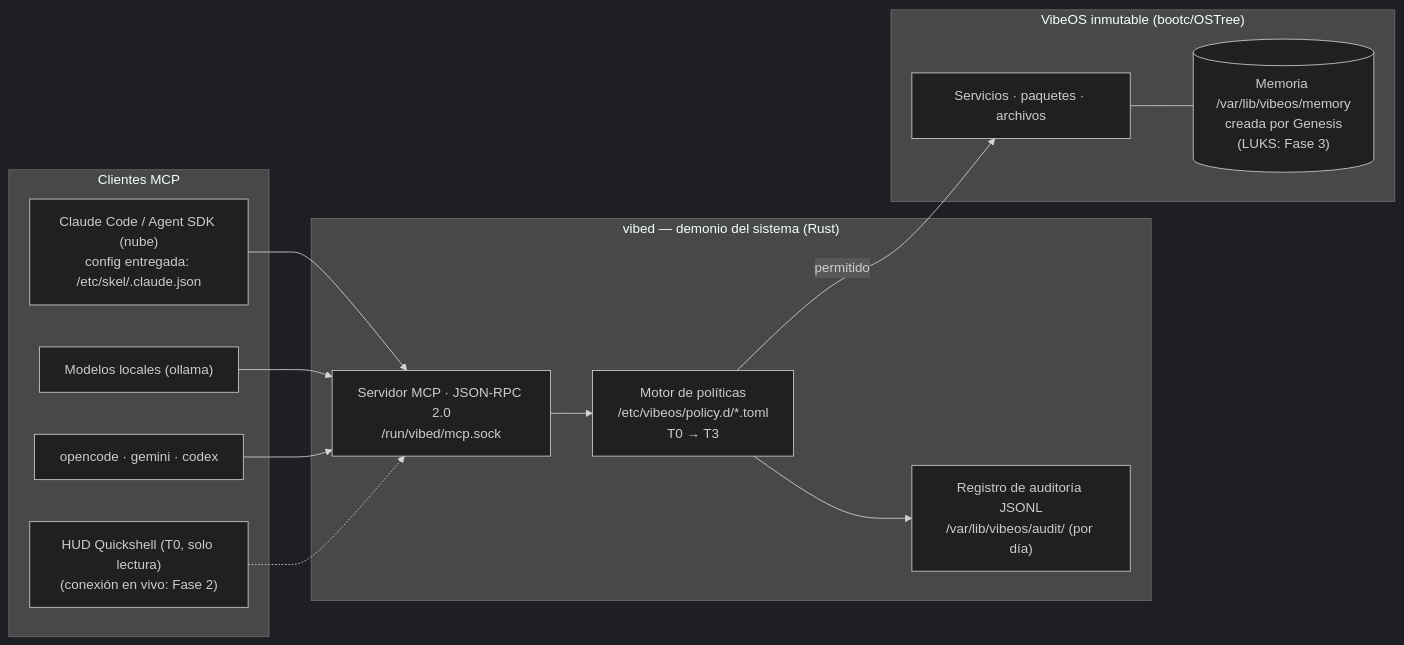
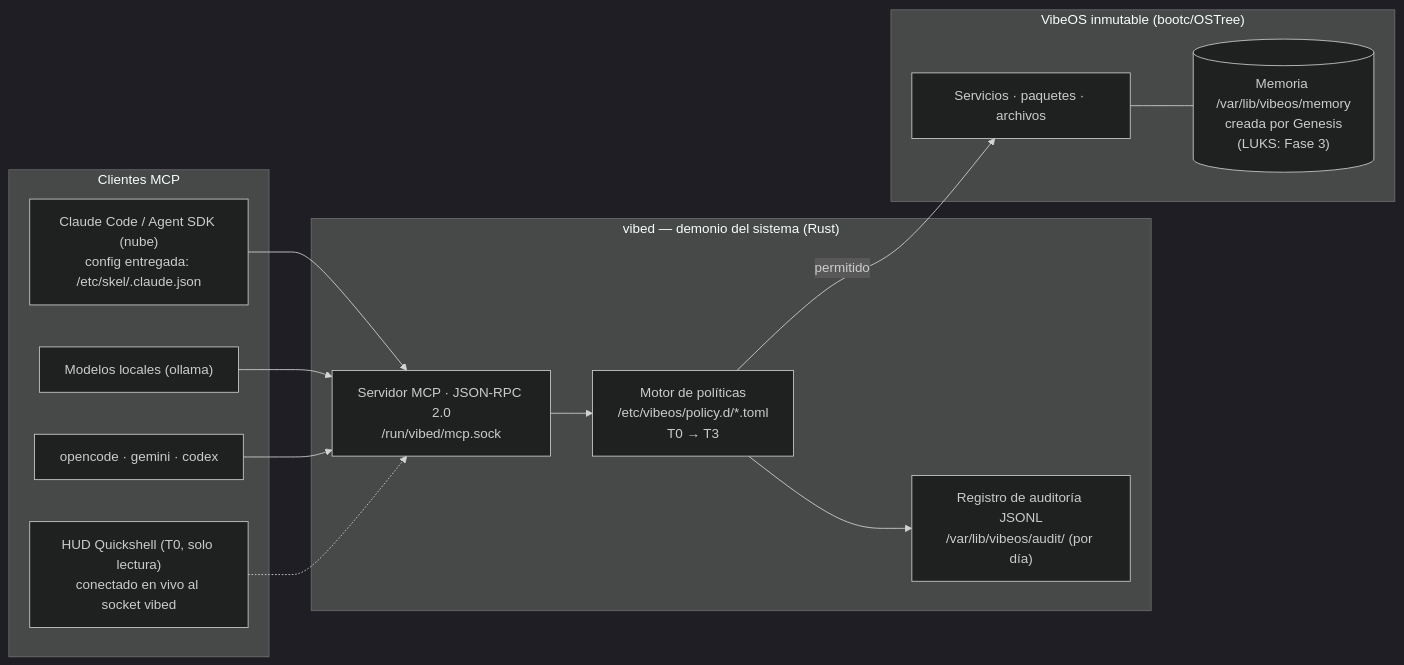
Before and after one commit to Micka420-collab/vibeos: the diagram in README.es.md, drawn with Mermaid (dark theme). The commit also changed other lines of this file and 3 other files, not shown here.

````diff
--- a/README.es.md
+++ b/README.es.md
@@ -105,26 +110,26 @@
 ```mermaid
 flowchart LR
     subgraph AGENTS["Clientes MCP"]
         CC["Claude Code / Agent SDK (nube)<br/>config entregada: /etc/skel/.claude.json"]
         OL["Modelos locales (ollama)"]
         AD["opencode · gemini · codex"]
-        HUD["HUD Quickshell (T0, solo lectura)<br/>(conexión en vivo: Fase 2)"]
+        HUD["HUD Quickshell (T0, solo lectura)<br/>conectado en vivo al socket vibed"]
     end
     subgraph VIBED["vibed — demonio del sistema (Rust)"]
         MCP["Servidor MCP · JSON-RPC 2.0<br/>/run/vibed/mcp.sock"]
         POL["Motor de políticas<br/>/etc/vibeos/policy.d/*.toml<br/>T0 → T3"]
         AUD["Registro de auditoría JSONL<br/>/var/lib/vibeos/audit/ (por día)"]
     end
     subgraph OS["VibeOS inmutable (bootc/OSTree)"]
         SYS["Servicios · paquetes · archivos"]
         MEM[("Memoria /var/lib/vibeos/memory<br/>creada por Genesis<br/>(LUKS: Fase 3)")]
     end
     CC --> MCP
     OL --> MCP
     AD --> MCP
     HUD -.-> MCP
     MCP --> POL
     POL -->|"permitido"| SYS
     POL --> AUD
     SYS --- MEM
 ```
````
